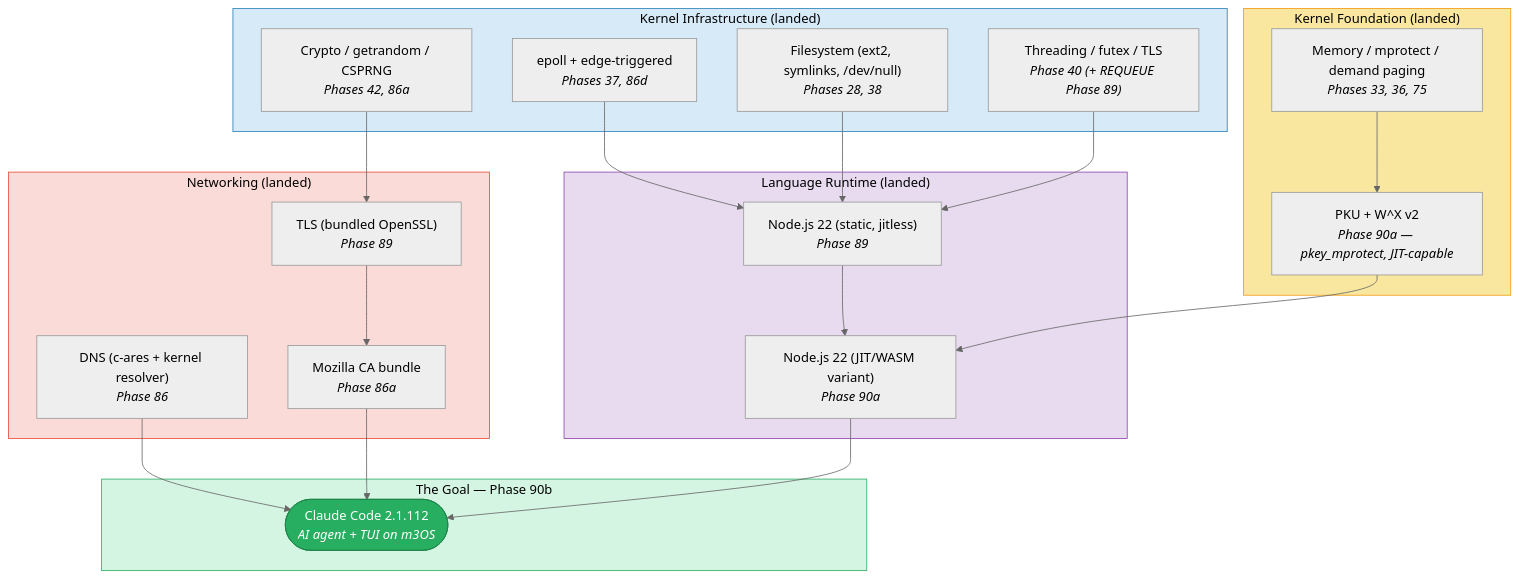
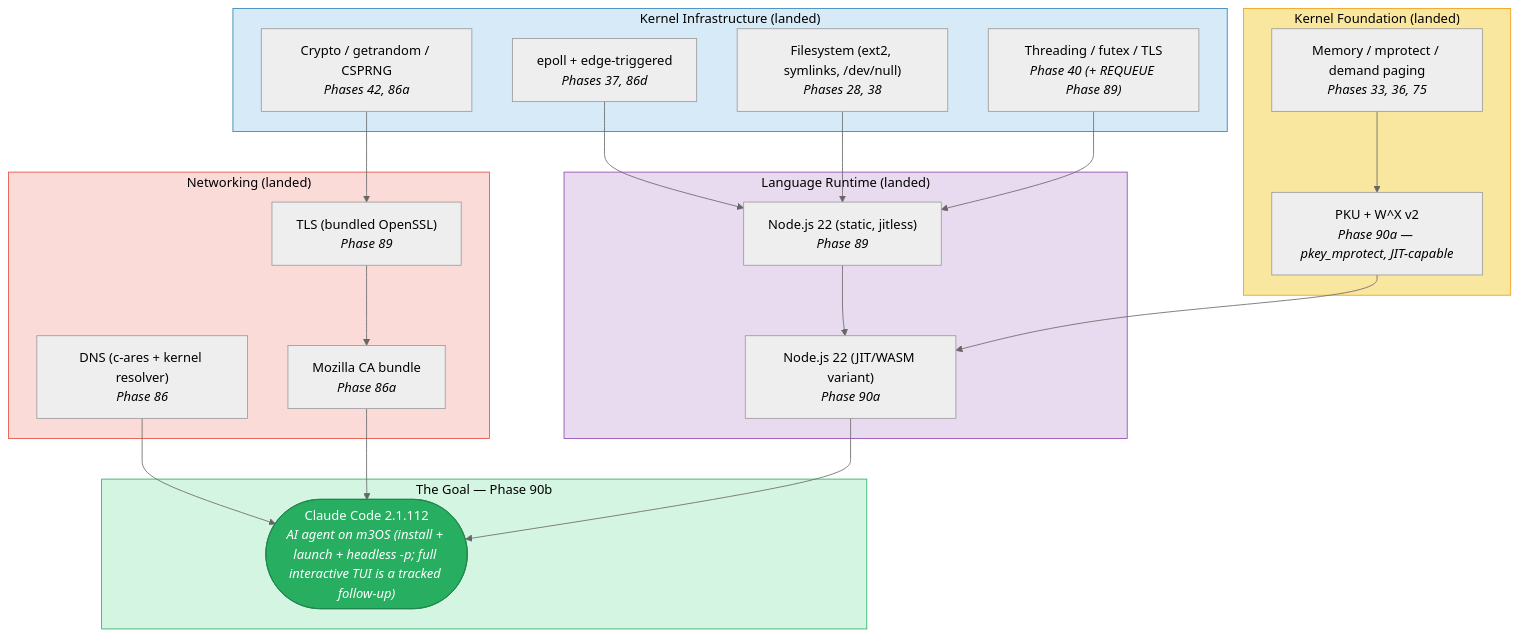
One commit to mikecubed/m3OS changed the first of 3 diagrams in docs/claude-code-roadmap.md. Above: the diagram before and after it, drawn with Mermaid (neutral theme). The commit also changed other lines of this file and 10 other files, not shown here.

````diff
--- a/docs/claude-code-roadmap.md
+++ b/docs/claude-code-roadmap.md
@@ -89,48 +104,48 @@
 ```mermaid
 flowchart TD
     subgraph FOUNDATION ["Kernel Foundation (landed)"]
         MEM["Memory / mprotect / demand paging<br/><i>Phases 33, 36, 75</i>"]
         PKU["PKU + W^X v2<br/><i>Phase 90a — pkey_mprotect, JIT-capable</i>"]
         MEM --> PKU
     end
 
     subgraph KERNEL ["Kernel Infrastructure (landed)"]
         EPOLL["epoll + edge-triggered<br/><i>Phases 37, 86d</i>"]
         FS["Filesystem (ext2, symlinks, /dev/null)<br/><i>Phases 28, 38</i>"]
         THR["Threading / futex / TLS<br/><i>Phase 40 (+ REQUEUE Phase 89)</i>"]
         CRYPTO["Crypto / getrandom / CSPRNG<br/><i>Phases 42, 86a</i>"]
     end
 
     subgraph RUNTIMES ["Language Runtime (landed)"]
         NODE["Node.js 22 (static, jitless)<br/><i>Phase 89</i>"]
         NODEJIT["Node.js 22 (JIT/WASM variant)<br/><i>Phase 90a</i>"]
         NODE --> NODEJIT
     end
 
     subgraph NETWORKING ["Networking (landed)"]
         TLS["TLS (bundled OpenSSL)<br/><i>Phase 89</i>"]
         DNS["DNS (c-ares + kernel resolver)<br/><i>Phase 86</i>"]
         CA["Mozilla CA bundle<br/><i>Phase 86a</i>"]
     end
 
     subgraph GOAL ["The Goal — Phase 90b"]
-        CC(["Claude Code 2.1.112<br/><i>AI agent + TUI on m3OS</i>"])
+        CC(["Claude Code 2.1.112<br/><i>AI agent on m3OS (install + launch + headless -p; full interactive TUI is a tracked follow-up)</i>"])
     end
 
     PKU --> NODEJIT
     EPOLL --> NODE
     FS --> NODE
     THR --> NODE
     CRYPTO --> TLS
     TLS --> CA
     DNS --> CC
     CA --> CC
     NODEJIT --> CC
 
     style FOUNDATION fill:#f9e79f,stroke:#f39c12,color:#000
     style KERNEL fill:#d6eaf8,stroke:#2980b9,color:#000
     style RUNTIMES fill:#e8daef,stroke:#8e44ad,color:#000
     style NETWORKING fill:#fadbd8,stroke:#e74c3c,color:#000
     style GOAL fill:#d5f5e3,stroke:#27ae60,color:#000
     style CC fill:#27ae60,stroke:#1e8449,color:#fff
 ```
````
